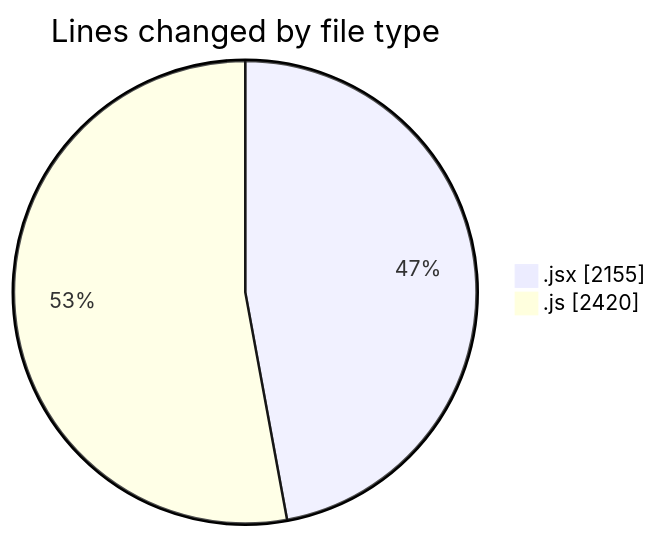
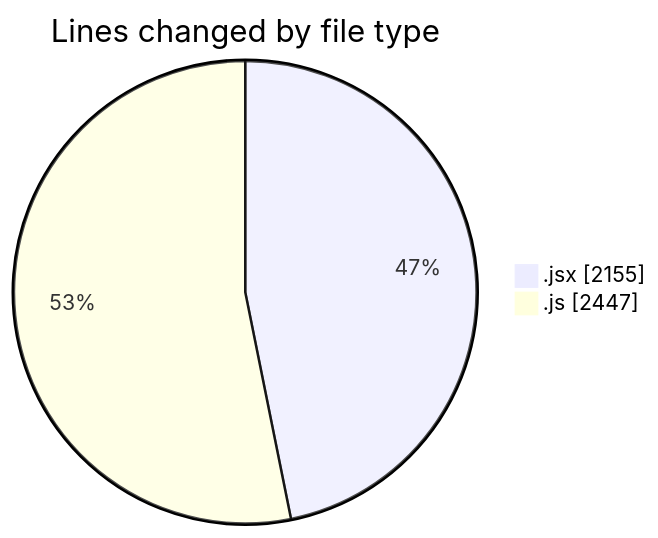
Before and after one commit to nxtqubesakshisongat/code-tracking: the first of 2 diagrams in 2025-07-30/nxtqube_webapp/README.md, drawn with Mermaid. The commit also changed other lines of this file and 1 other file, not shown here.

````diff
--- a/2025-07-30/nxtqube_webapp/README.md
+++ b/2025-07-30/nxtqube_webapp/README.md
@@ -27,6 +27,6 @@
 ```mermaid
 pie showData
 title Lines changed by file type
 ".jsx" : 2155
-".js" : 2420
+".js" : 2447
 ```
````
